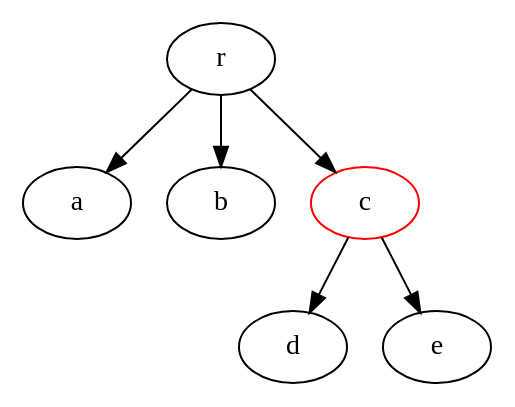
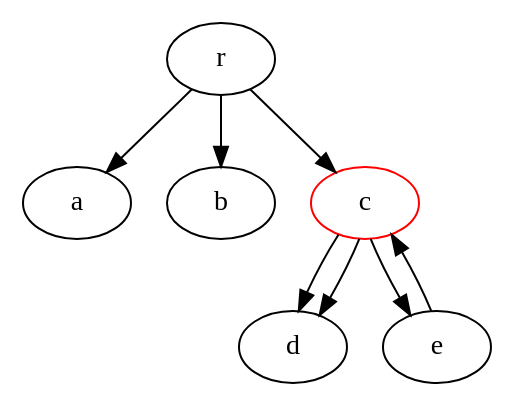
Before and after one commit to CapelliC/loqt: the diagram in lqXDot_test/gallery/tree_foldable.gv, drawn with Graphviz. The commit also changed 1 other file, not shown here.

```diff
--- a/lqXDot_test/gallery/tree_foldable.gv
+++ b/lqXDot_test/gallery/tree_foldable.gv
@@ -1,11 +1,13 @@
 /* script file tree_foldable.gv
    created at Thu Nov 21 11:02:21 2013 */
 
 digraph tree_foldable {
 	r -> a
 	r -> b
 	r -> c
-c [color=red]
+	c -> d
 	c -> d
 	c -> e
+	e -> c
+	c [color=red tooltip="foldable!"]
 }
```
